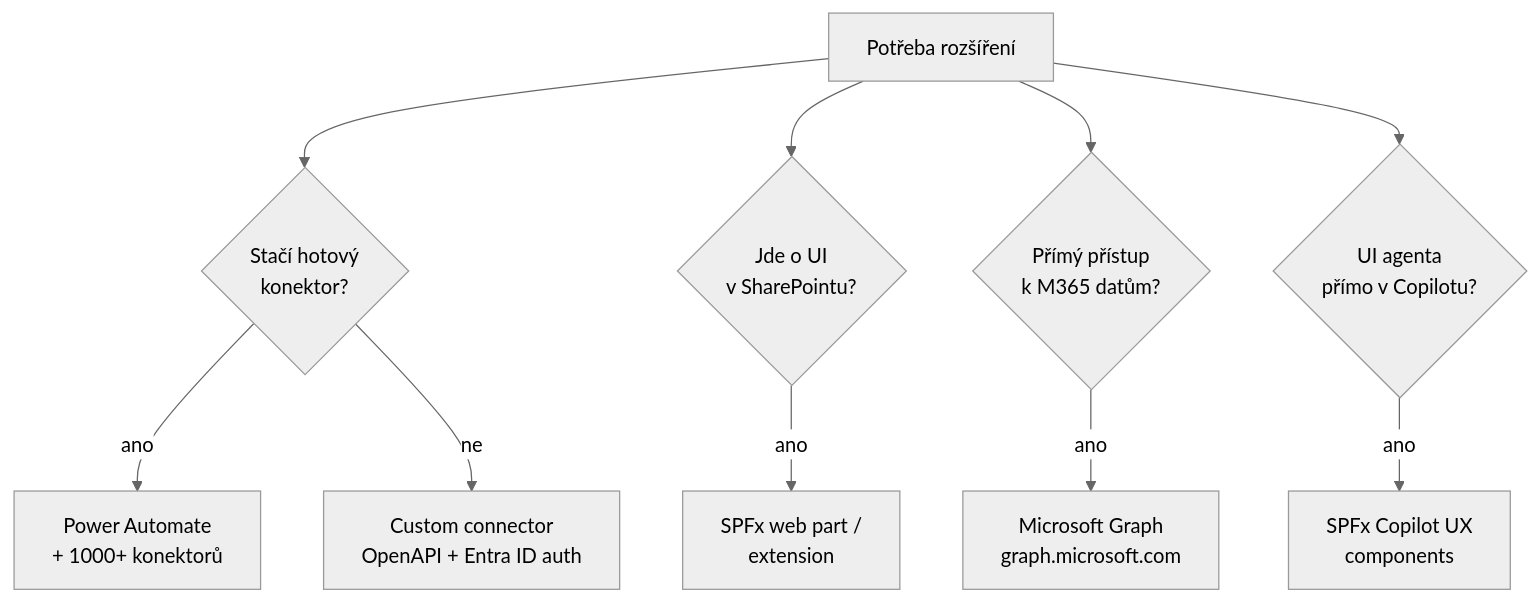
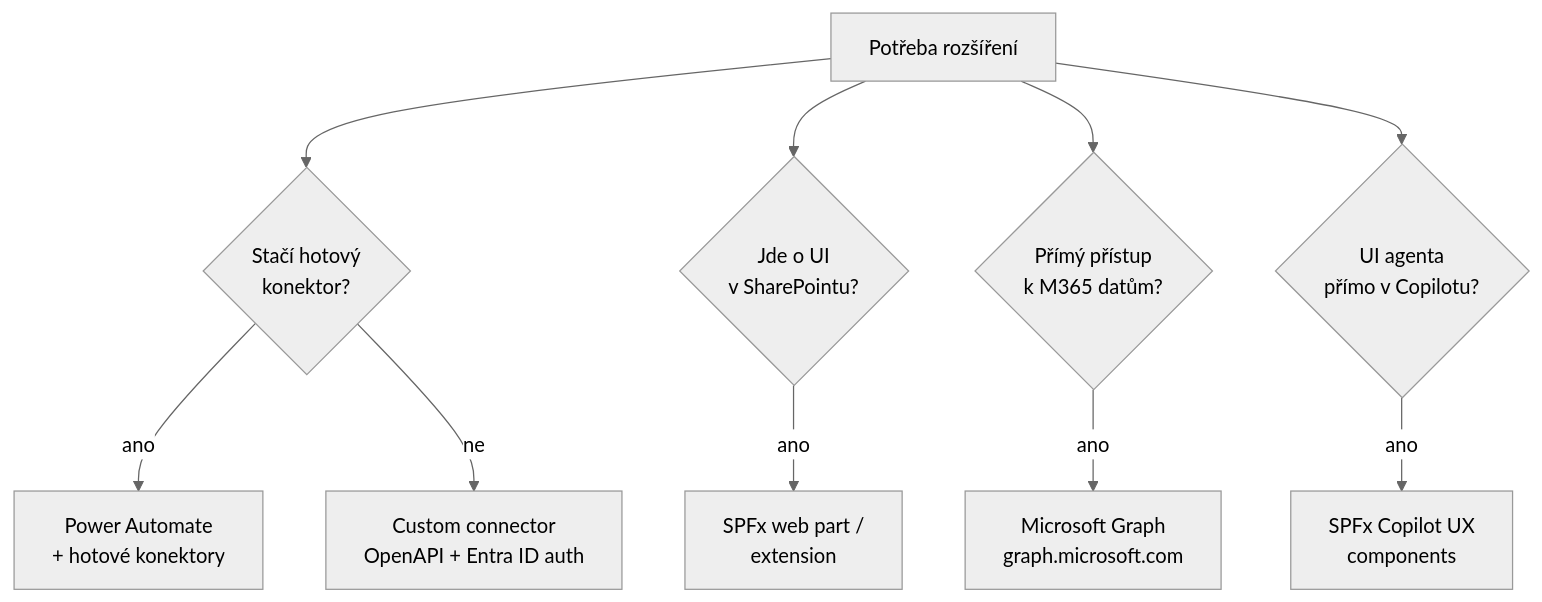
The diagram in day-4/procode-vs-lowcode/README.md (MalasekPetr/gopas-goc224), drawn with Mermaid (neutral theme) before and after one commit. The commit also changed other lines of this file and 16 other files, not shown here.

````diff
--- a/day-4/procode-vs-lowcode/README.md
+++ b/day-4/procode-vs-lowcode/README.md
@@ -16,12 +24,12 @@
 ```mermaid
 flowchart TB
   Need[Potřeba rozšíření] --> LC{Stačí hotový<br>konektor?}
-  LC -->|ano| PA[Power Automate<br>+ 1000+ konektorů]
+  LC -->|ano| PA[Power Automate<br>+ hotové konektory]
   LC -->|ne| CC[Custom connector<br>OpenAPI + Entra ID auth]
   Need --> UI{Jde o UI<br>v SharePointu?}
   UI -->|ano| SPFx[SPFx web part /<br>extension]
   Need --> Data{Přímý přístup<br>k M365 datům?}
   Data -->|ano| Graph[Microsoft Graph<br>graph.microsoft.com]
   Need --> CUI{UI agenta<br>přímo v Copilotu?}
   CUI -->|ano| CUX[SPFx Copilot UX<br>components]
 ```
````
